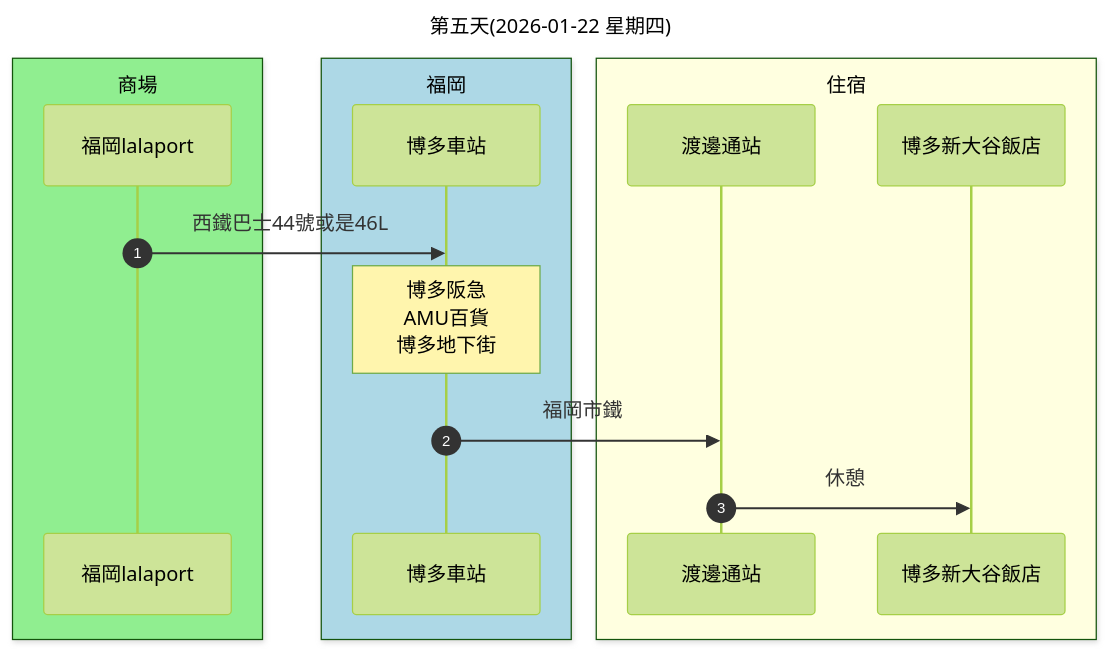
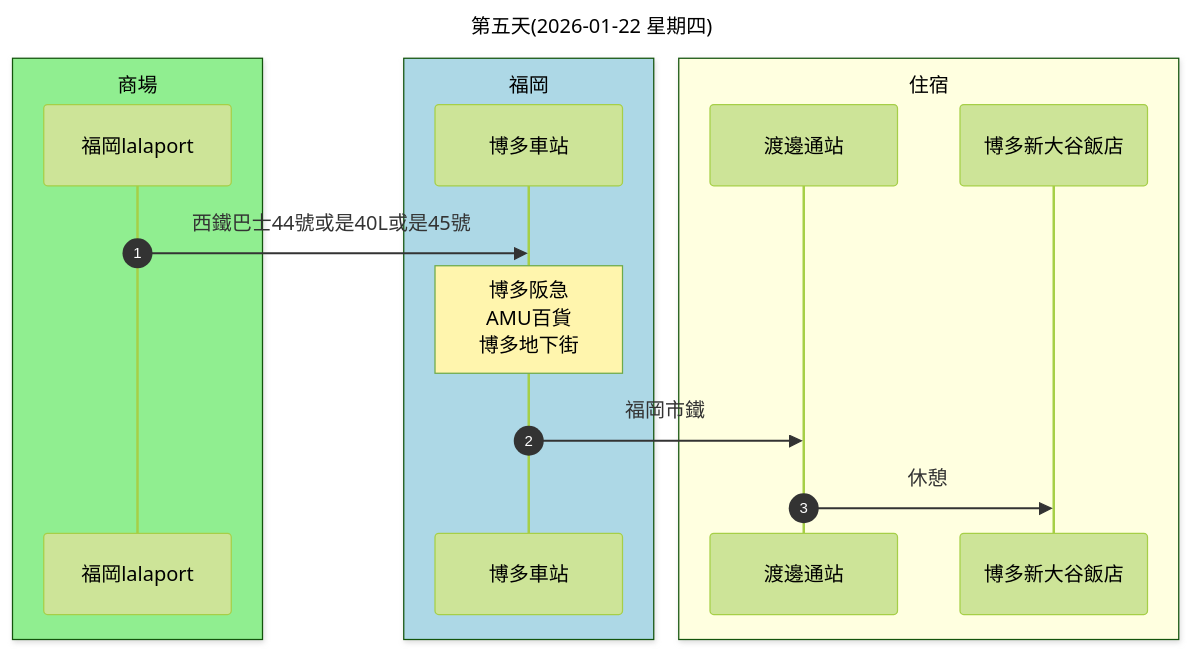
Diagram 11 of 14 in 行程規劃A.md (Shuming-Yang/2026-January-Trip), drawn with Mermaid (forest theme) before and after one commit. The commit also changed other lines of this file, not shown here.

````diff
--- a/行程規劃A.md
+++ b/行程規劃A.md
@@ -337,20 +372,20 @@
 ```mermaid
 sequenceDiagram
     autonumber
     title: 第五天(2026-01-22 星期四)
     box lightgreen 商場
     participant A as 福岡lalaport
     end
     box lightblue 福岡
     participant B as 博多車站
     end
     box lightyellow 住宿
     participant C1 as 渡邊通站
     participant C2 as 博多新大谷飯店
     end
 
-    A ->> B: 西鐵巴士44號或是46L
+    A ->> B: 西鐵巴士44號或是40L或是45號
     Note over B:博多阪急<br>AMU百貨<br>博多地下街
     B ->> C1: 福岡市鐵
     C1 ->> C2: 休憩
 ```
````
